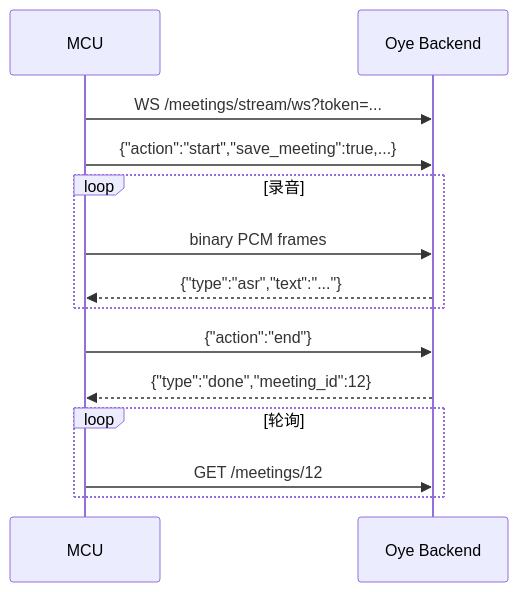
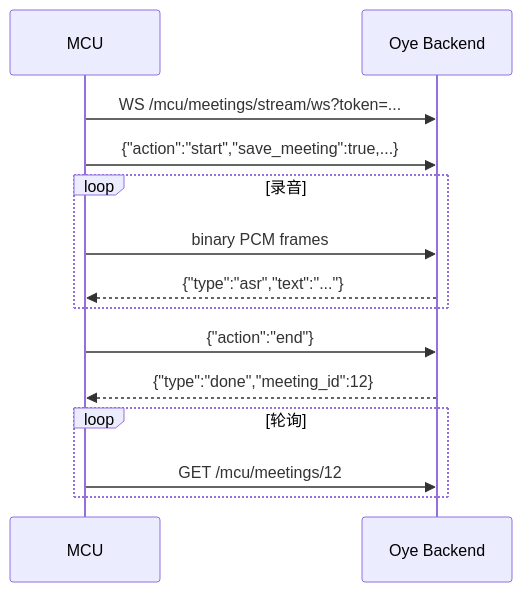
One commit to RyanYuang/MiaoBan changed the third of 3 diagrams in docs/oye-mcu-http-api_zh.md. Above: the diagram before and after it, drawn with Mermaid. The commit also changed other lines of this file and 17 other files, not shown here.

````diff
--- a/docs/oye-mcu-http-api_zh.md
+++ b/docs/oye-mcu-http-api_zh.md
@@ -481,17 +610,17 @@
 ```mermaid
 sequenceDiagram
     participant MCU
     participant Cloud as Oye Backend
 
-    MCU->>Cloud: WS /meetings/stream/ws?token=...
+    MCU->>Cloud: WS /mcu/meetings/stream/ws?token=...
     MCU->>Cloud: {"action":"start","save_meeting":true,...}
     loop 录音
         MCU->>Cloud: binary PCM frames
         Cloud-->>MCU: {"type":"asr","text":"..."}
     end
     MCU->>Cloud: {"action":"end"}
     Cloud-->>MCU: {"type":"done","meeting_id":12}
     loop 轮询
-        MCU->>Cloud: GET /meetings/12
+        MCU->>Cloud: GET /mcu/meetings/12
     end
 ```
````
